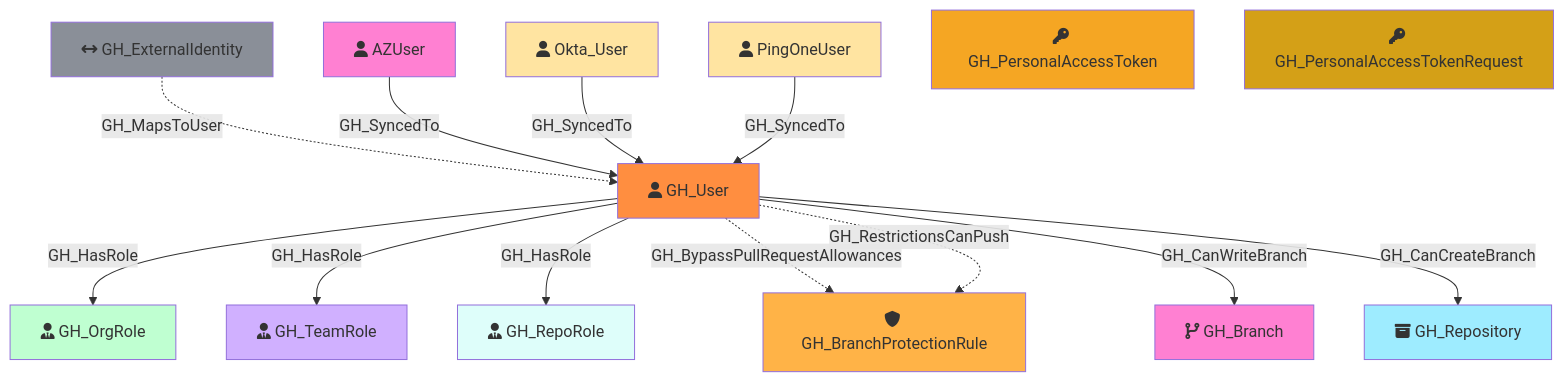
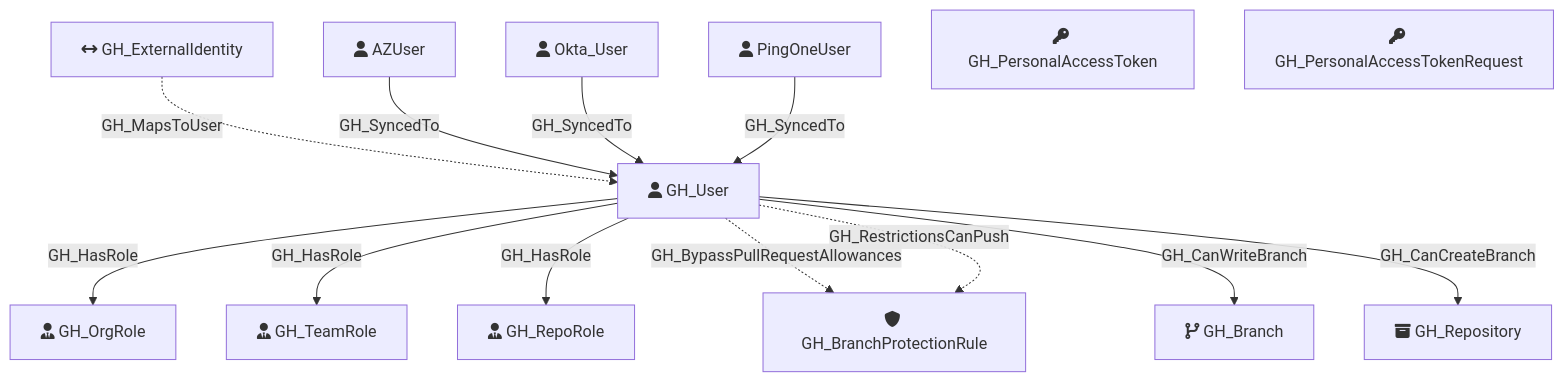
One commit to SpecterOps/GitHound changed the diagram in Documentation/NodeDescriptions/GH_User.md. Above: the diagram before and after it, drawn with Mermaid. The commit also changed 23 other files, not shown here.

Commit message:
rm mermaid box colors

````diff
--- a/Documentation/NodeDescriptions/GH_User.md
+++ b/Documentation/NodeDescriptions/GH_User.md
@@ -51,46 +51,33 @@
 ```mermaid
 flowchart TD
     GH_User[fa:fa-user GH_User]
     GH_OrgRole[fa:fa-user-tie GH_OrgRole]
     GH_RepoRole[fa:fa-user-tie GH_RepoRole]
     GH_TeamRole[fa:fa-user-tie GH_TeamRole]
     GH_Branch[fa:fa-code-branch GH_Branch]
     GH_ExternalIdentity[fa:fa-arrows-left-right GH_ExternalIdentity]
     AZUser[fa:fa-user AZUser]
     Okta_User[fa:fa-user Okta_User]
     PingOneUser[fa:fa-user PingOneUser]
 
-    style GH_User fill:#FF8E40
-    style GH_OrgRole fill:#BFFFD1
-    style GH_RepoRole fill:#DEFEFA
-    style GH_TeamRole fill:#D0B0FF
-    style GH_Branch fill:#FF80D2
-    style GH_ExternalIdentity fill:#8A8F98
-    style AZUser fill:#FF80D2
-    style Okta_User fill:#FFE4A1
-    style PingOneUser fill:#FFE4A1
 
     GH_PersonalAccessToken[fa:fa-key GH_PersonalAccessToken]
     GH_PersonalAccessTokenRequest[fa:fa-key GH_PersonalAccessTokenRequest]
 
-    style GH_PersonalAccessToken fill:#F5A623
-    style GH_PersonalAccessTokenRequest fill:#D4A017
 
     GH_BranchProtectionRule[fa:fa-shield GH_BranchProtectionRule]
     GH_Repository[fa:fa-box-archive GH_Repository]
 
-    style GH_BranchProtectionRule fill:#FFB347
-    style GH_Repository fill:#9EECFF
 
     GH_User -->|GH_HasRole| GH_OrgRole
     GH_User -->|GH_HasRole| GH_TeamRole
     GH_User -->|GH_HasRole| GH_RepoRole
     GH_User -.->|GH_BypassPullRequestAllowances| GH_BranchProtectionRule
     GH_User -.->|GH_RestrictionsCanPush| GH_BranchProtectionRule
     GH_User -->|GH_CanWriteBranch| GH_Branch
     GH_User -->|GH_CanCreateBranch| GH_Repository
     GH_ExternalIdentity -.->|GH_MapsToUser| GH_User
     AZUser -->|GH_SyncedTo| GH_User
     Okta_User -->|GH_SyncedTo| GH_User
     PingOneUser -->|GH_SyncedTo| GH_User
 ```
````
